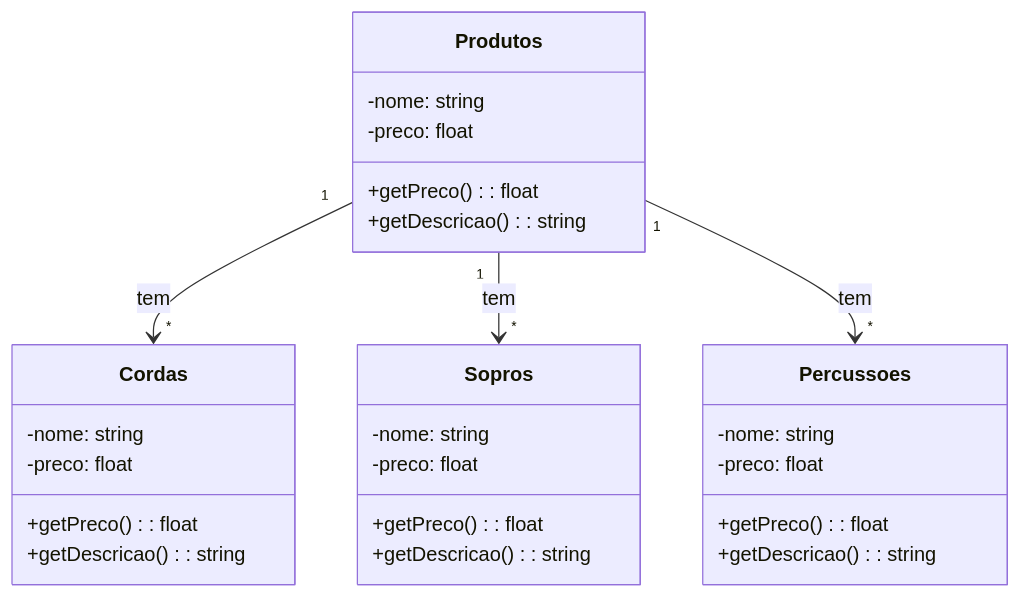
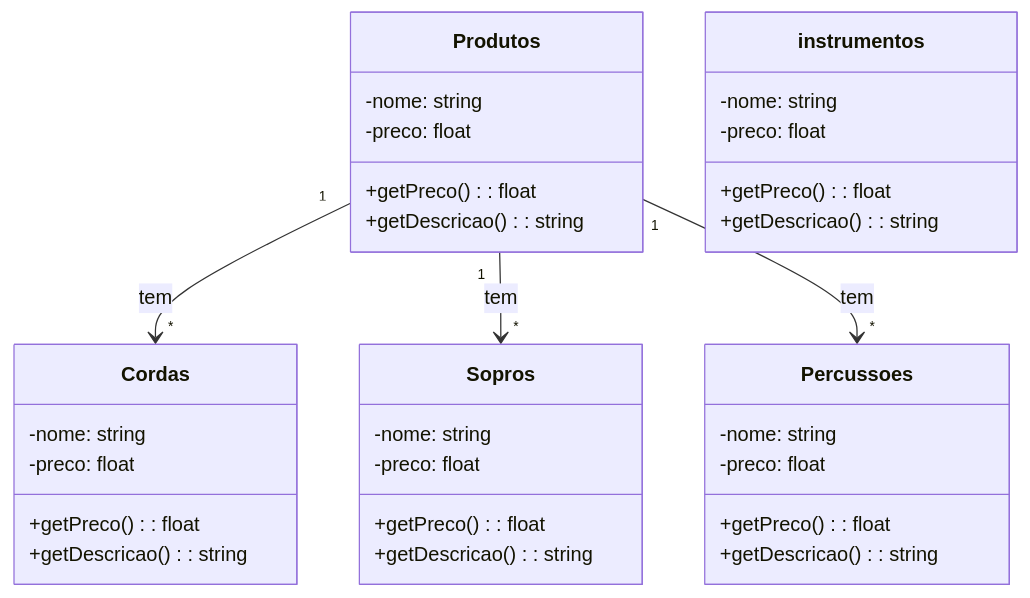
Before and after one commit to LucasGabrielPaes/teste: the diagram in README.md, drawn with Mermaid.

````diff
--- a/README.md
+++ b/README.md
@@ -1,35 +1,42 @@
 ```mermaid
 classDiagram
   class Produtos {
      -nome: string
     -preco: float
     +getPreco(): float
     +getDescricao(): string
   }
+
+class instrumentos {
+   -nome: string
+    -preco: float
+    +getPreco(): float
+    +getDescricao(): string
+}
 
 
   class Cordas {
    -nome: string
     -preco: float
     +getPreco(): float
     +getDescricao(): string
 }
 
  class Sopros {
    -nome: string
     -preco: float
     +getPreco(): float
     +getDescricao(): string
 }
 
  class Percussoes {
    -nome: string
     -preco: float
     +getPreco(): float
     +getDescricao(): string
 }
 
 Produtos "1" --> "*" Cordas : tem
 Produtos "1" --> "*" Sopros : tem
 Produtos "1" --> "*" Percussoes : tem
 ```
````
